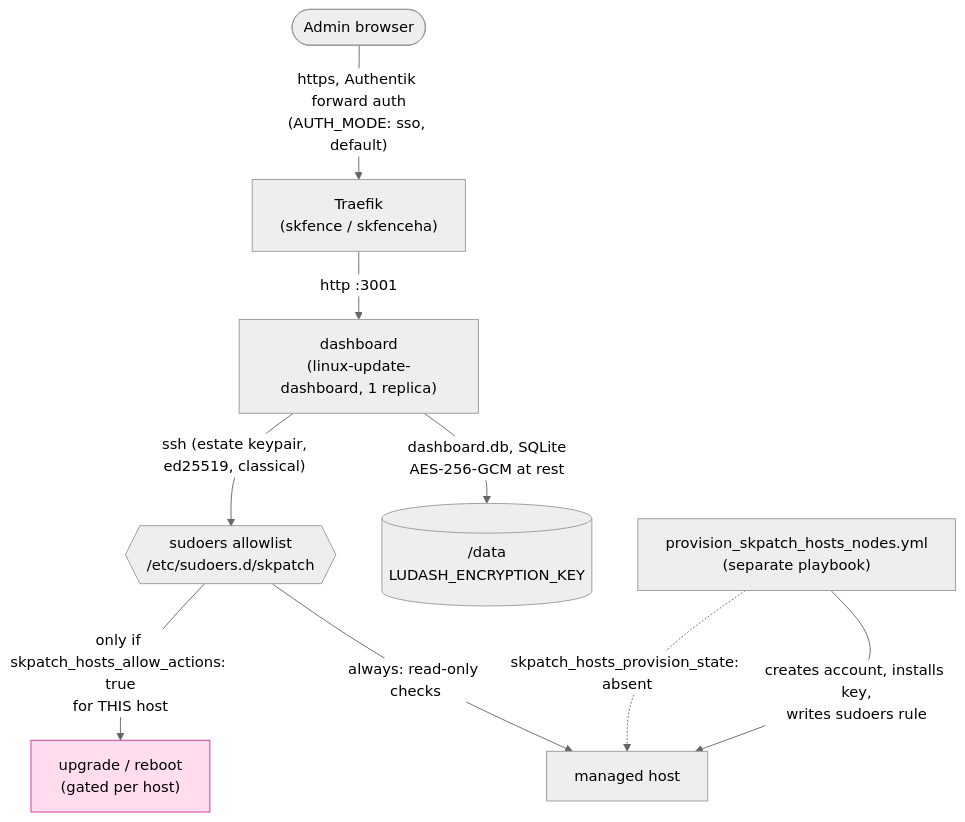
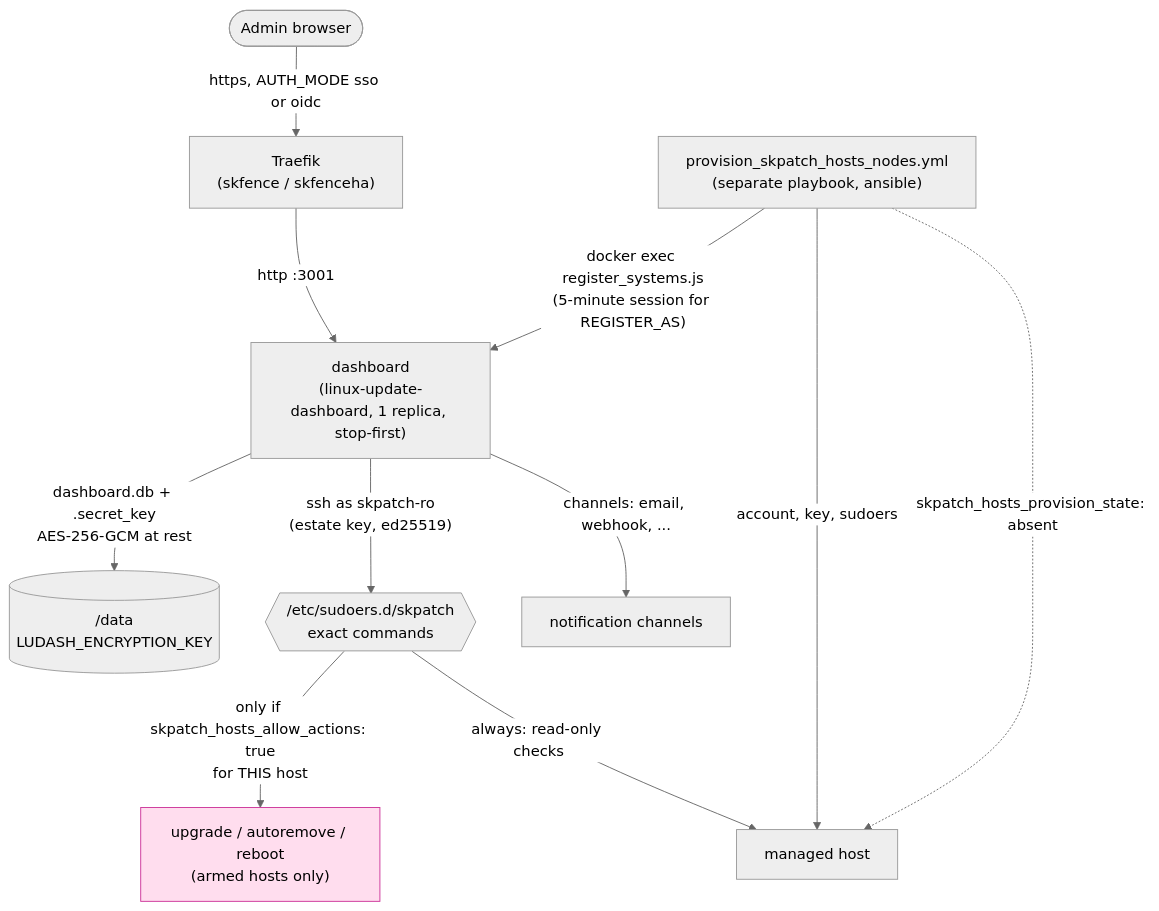
One commit to smilinTux/skstacks changed the first of 3 diagrams in v1/ansible/optional/skpatch-hosts/SOP.md. Above: the diagram before and after it, drawn with Mermaid (neutral theme). The commit also changed other lines of this file and 1 other file, not shown here.

First line of the commit message:
docs(skpatch-hosts): README and SOP to sk-standards (security model, matrix, runbooks, evidence)

````diff
--- a/v1/ansible/optional/skpatch-hosts/SOP.md
+++ b/v1/ansible/optional/skpatch-hosts/SOP.md
@@ -42,14 +29,16 @@
 ```mermaid
 flowchart TD
-    admin([Admin browser]) -->|"https, Authentik forward auth<br/>(AUTH_MODE: sso, default)"| traefik["Traefik<br/>(skfence / skfenceha)"]
-    traefik -->|"http :3001"| dashboard["dashboard<br/>(linux-update-dashboard, 1 replica)"]
-    dashboard -->|"dashboard.db, SQLite<br/>AES-256-GCM at rest"| data[("/data<br/>LUDASH_ENCRYPTION_KEY")]
-    dashboard -->|"ssh (estate keypair,<br/>ed25519, classical)"| allowlist{{"sudoers allowlist<br/>/etc/sudoers.d/skpatch"}}
-    allowlist -->|"always: read-only checks"| nodeA["managed host"]
-    allowlist -->|"only if skpatch_hosts_allow_actions: true<br/>for THIS host"| nodeAactions["upgrade / reboot<br/>(gated per host)"]
-    provision["provision_skpatch_hosts_nodes.yml<br/>(separate playbook)"] -->|"creates account, installs key,<br/>writes sudoers rule"| nodeA
-    provision -.->|"skpatch_hosts_provision_state: absent"| nodeA
+    admin([Admin browser]) -->|"https, AUTH_MODE sso or oidc"| traefik["Traefik<br/>(skfence / skfenceha)"]
+    traefik -->|"http :3001"| dashboard["dashboard<br/>(linux-update-dashboard, 1 replica, stop-first)"]
+    dashboard -->|"dashboard.db + .secret_key<br/>AES-256-GCM at rest"| data[("/data<br/>LUDASH_ENCRYPTION_KEY")]
+    dashboard -->|"ssh as skpatch-ro<br/>(estate key, ed25519)"| allowlist{{"/etc/sudoers.d/skpatch<br/>exact commands"}}
+    allowlist -->|"always: read-only checks"| host["managed host"]
+    allowlist -->|"only if skpatch_hosts_allow_actions: true<br/>for THIS host"| armed["upgrade / autoremove / reboot<br/>(armed hosts only)"]
+    provision["provision_skpatch_hosts_nodes.yml<br/>(separate playbook, ansible)"] -->|"account, key, sudoers"| host
+    provision -->|"docker exec register_systems.js<br/>(5-minute session for REGISTER_AS)"| dashboard
+    provision -.->|"skpatch_hosts_provision_state: absent"| host
+    dashboard -->|"channels: email, webhook, ..."| notify["notification channels"]
 
     classDef gated fill:#fde,stroke:#c39;
-    class nodeAactions gated;
+    class armed gated;
 ```
````
